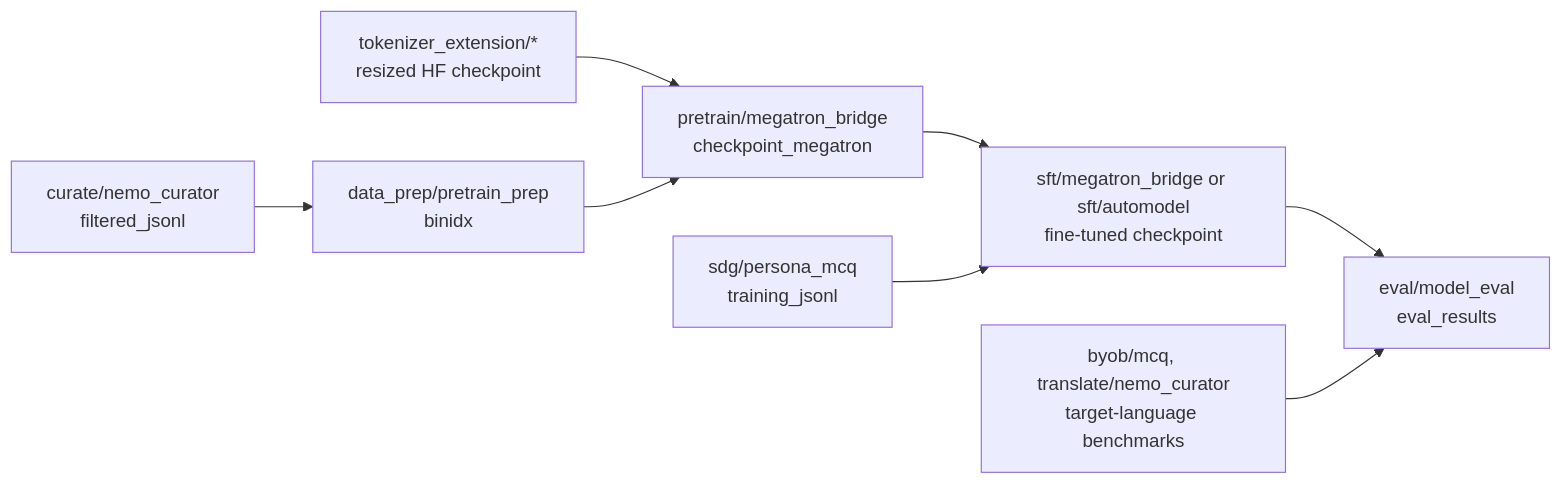
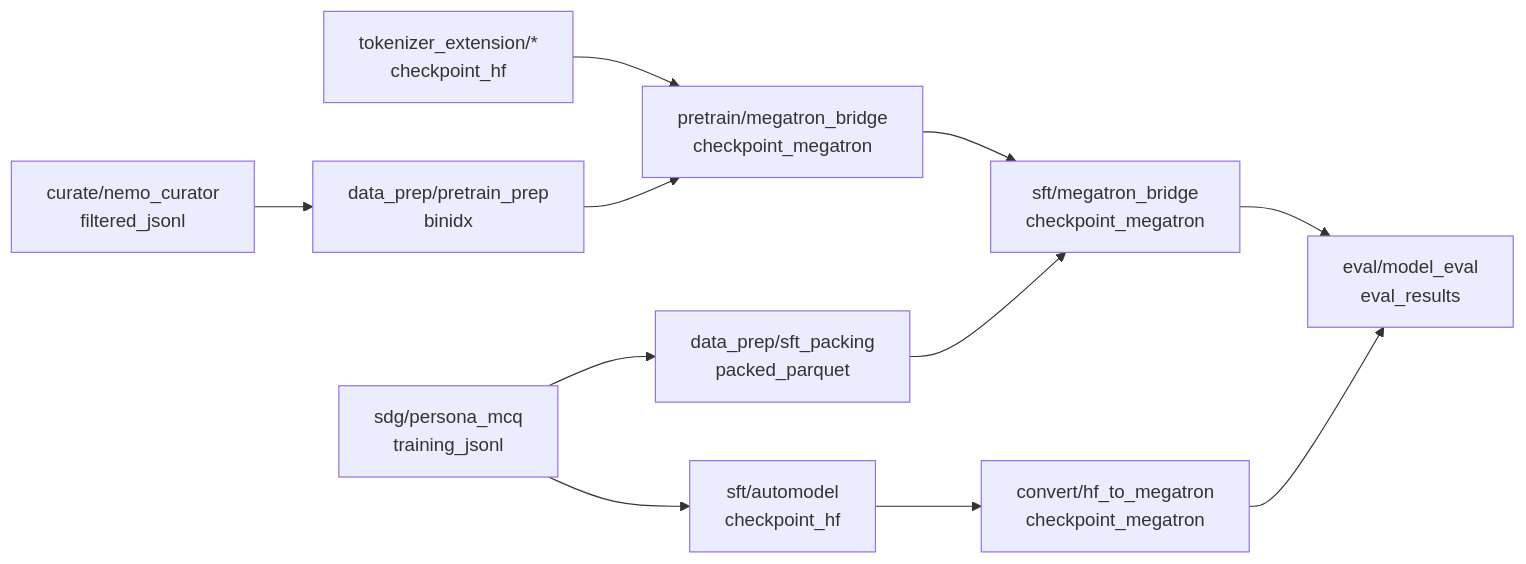
One commit to mikemckiernan/Nemotron changed the diagram in docs/sovereign-ai.md. Above: the diagram before and after it, drawn with Mermaid. The commit also changed other lines of this file, not shown here.

````diff
--- a/docs/sovereign-ai.md
+++ b/docs/sovereign-ai.md
@@ -21,10 +21,13 @@
 ```{mermaid}
 flowchart LR
-    tok["tokenizer_extension/*<br/>resized HF checkpoint"] --> cpt
+    tok["tokenizer_extension/*<br/>checkpoint_hf"] --> cpt
     cur["curate/nemo_curator<br/>filtered_jsonl"] --> prep["data_prep/pretrain_prep<br/>binidx"]
     prep --> cpt["pretrain/megatron_bridge<br/>checkpoint_megatron"]
-    cpt --> sft["sft/megatron_bridge or sft/automodel<br/>fine-tuned checkpoint"]
-    sdg["sdg/persona_mcq<br/>training_jsonl"] --> sft
-    sft --> ev["eval/model_eval<br/>eval_results"]
-    byob["byob/mcq, translate/nemo_curator<br/>target-language benchmarks"] --> ev
+    cpt --> sft_mb["sft/megatron_bridge<br/>checkpoint_megatron"]
+    sdg["sdg/persona_mcq<br/>training_jsonl"] --> pack["data_prep/sft_packing<br/>packed_parquet"]
+    pack --> sft_mb
+    sdg --> sft_auto["sft/automodel<br/>checkpoint_hf"]
+    sft_auto --> convert["convert/hf_to_megatron<br/>checkpoint_megatron"]
+    sft_mb --> ev["eval/model_eval<br/>eval_results"]
+    convert --> ev
 ```
````
